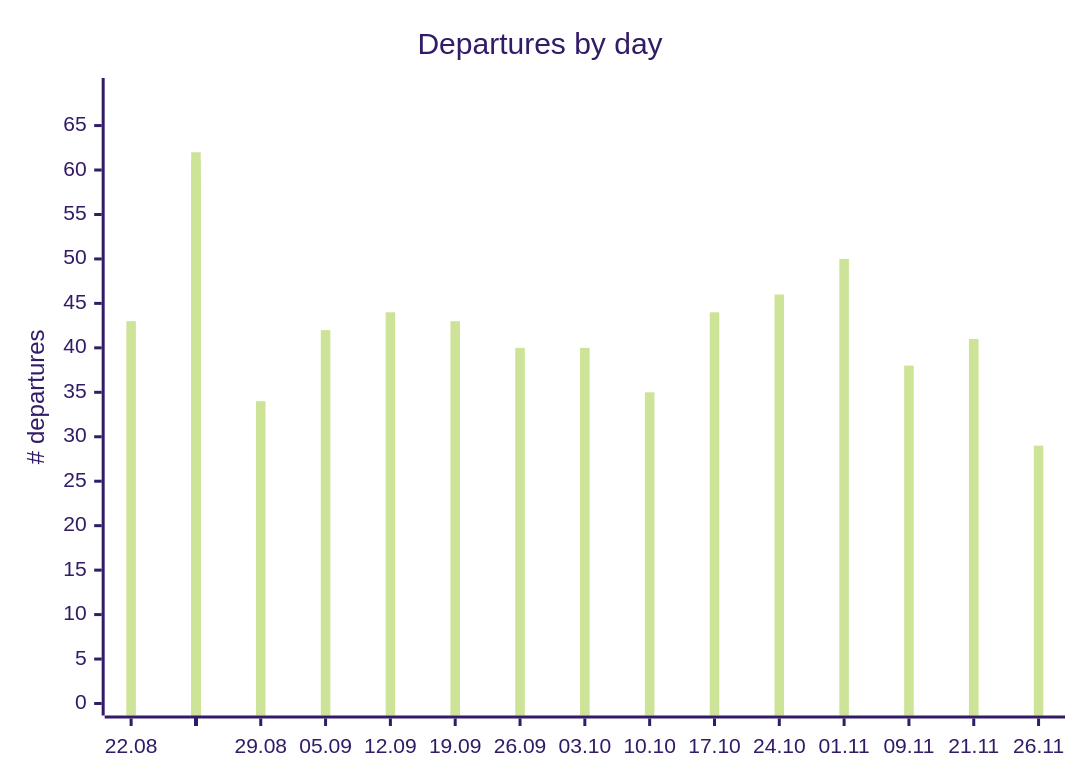
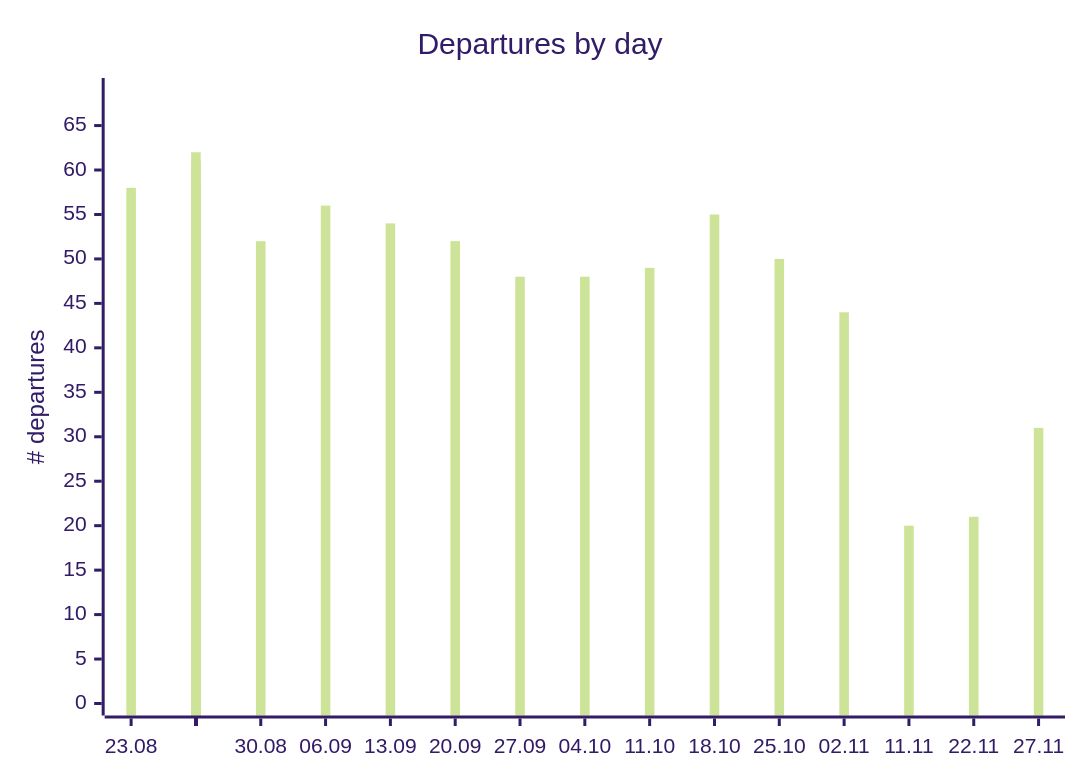
The first of 2 diagrams in README.md (rainermesi/tll-airport-departures), drawn with Mermaid (forest theme) before and after one commit. The commit also changed other lines of this file and 3 other files, not shown here.

````diff
--- a/README.md
+++ b/README.md
@@ -65,12 +65,12 @@
 ```mermaid
 ---
 xyChart:
     xAxis:
       labelFontSize: 8
 ---
 xychart-beta
     title "Departures by day"
-    x-axis ["22.08", " ", " ", " ", " ", " ", " ", "29.08", " ", " ", " ", " ", " ", " ", "05.09", " ", " ", " ", " ", " ", " ", "12.09", " ", " ", " ", " ", " ", " ", "19.09", " ", " ", " ", " ", " ", " ", "26.09", " ", " ", " ", " ", " ", " ", "03.10", " ", " ", " ", " ", " ", " ", "10.10", " ", " ", " ", " ", " ", " ", "17.10", " ", " ", " ", " ", " ", " ", "24.10", " ", " ", " ", " ", " ", " ", "01.11", " ", " ", " ", " ", " ", " ", "09.11", " ", " ", " ", " ", " ", " ", "21.11", " ", " ", " ", " ", "26.11"]
+    x-axis ["23.08", " ", " ", " ", " ", " ", " ", "30.08", " ", " ", " ", " ", " ", " ", "06.09", " ", " ", " ", " ", " ", " ", "13.09", " ", " ", " ", " ", " ", " ", "20.09", " ", " ", " ", " ", " ", " ", "27.09", " ", " ", " ", " ", " ", " ", "04.10", " ", " ", " ", " ", " ", " ", "11.10", " ", " ", " ", " ", " ", " ", "18.10", " ", " ", " ", " ", " ", " ", "25.10", " ", " ", " ", " ", " ", " ", "02.11", " ", " ", " ", " ", " ", " ", "11.11", " ", " ", " ", " ", " ", " ", "22.11", " ", " ", " ", " ", "27.11"]
     y-axis "# departures" 0 --> 69
-    bar [43, 58, 58, 48, 54, 33, 32, 34, 52, 54, 45, 54, 49, 62, 42, 56, 57, 48, 53, 52, 61, 44, 54, 56, 47, 51, 52, 59, 43, 52, 55, 46, 51, 53, 57, 40, 48, 54, 42, 46, 52, 54, 40, 48, 50, 36, 45, 46, 53, 35, 49, 50, 34, 46, 52, 58, 44, 55, 56, 46, 48, 52, 57, 46, 50, 46, 51, 27, 49, 49, 50, 44, 20, 43, 24, 45, 47, 38, 20, 23, 41, 22, 37, 24, 41, 21, 30, 46, 23, 29]
+    bar [58, 58, 48, 54, 33, 32, 34, 52, 54, 45, 54, 49, 62, 42, 56, 57, 48, 53, 52, 61, 44, 54, 56, 47, 51, 52, 59, 43, 52, 55, 46, 51, 53, 57, 40, 48, 54, 42, 46, 52, 54, 40, 48, 50, 36, 45, 46, 53, 35, 49, 50, 34, 46, 52, 58, 44, 55, 56, 46, 48, 52, 57, 46, 50, 46, 51, 27, 49, 49, 50, 44, 20, 43, 24, 45, 47, 38, 20, 23, 41, 22, 37, 24, 41, 21, 30, 46, 23, 29, 31]
 ```
````
